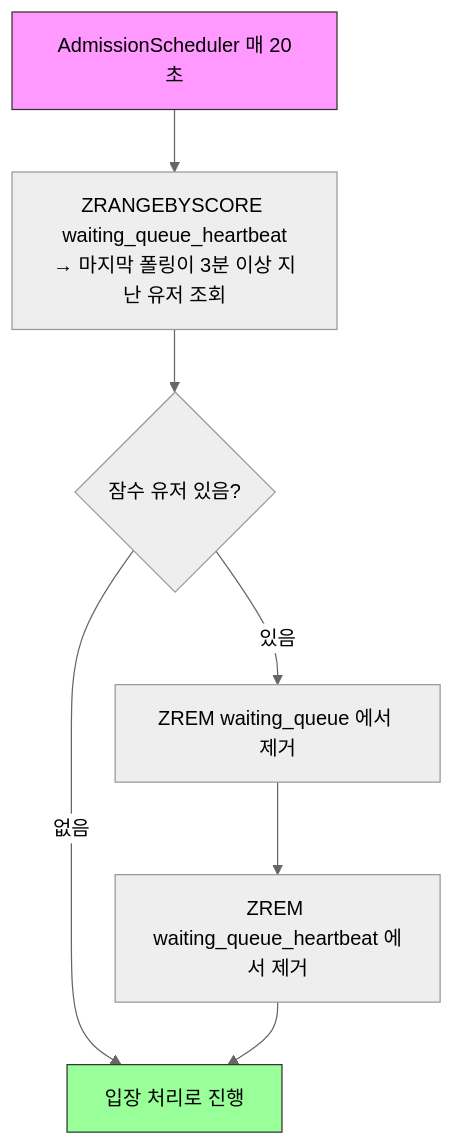
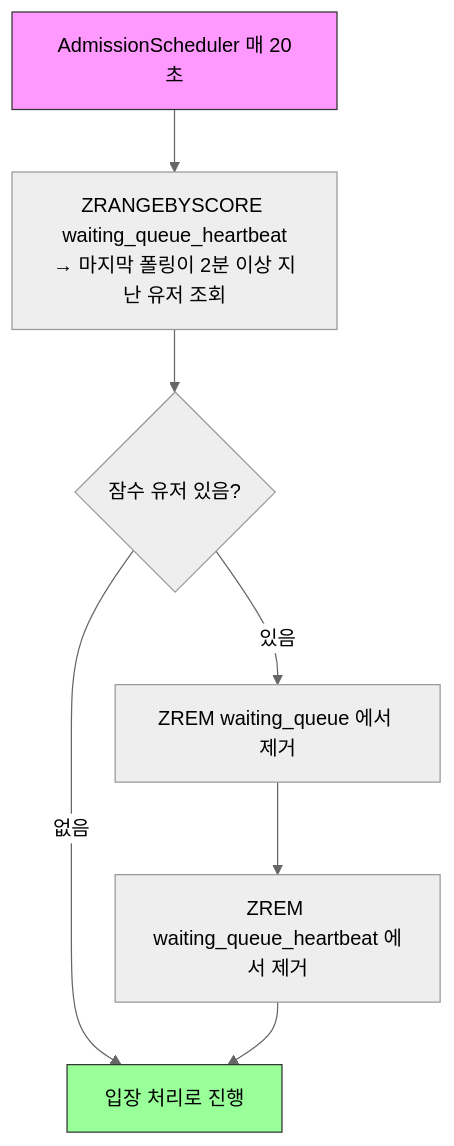
One commit to irnd04/zticket changed the third of 8 diagrams in README.md. Above: the diagram before and after it, drawn with Mermaid (neutral theme). The commit also changed other lines of this file and 3 other files, not shown here.

````diff
--- a/README.md
+++ b/README.md
@@ -113,12 +113,12 @@
 ```mermaid
 flowchart TD
-    A[AdmissionScheduler 매 20초] --> B["ZRANGEBYSCORE waiting_queue_heartbeat<br/>→ 마지막 폴링이 3분 이상 지난 유저 조회"]
+    A[AdmissionScheduler 매 20초] --> B["ZRANGEBYSCORE waiting_queue_heartbeat<br/>→ 마지막 폴링이 2분 이상 지난 유저 조회"]
     B --> C{잠수 유저 있음?}
     C -- 없음 --> END[입장 처리로 진행]
     C -- 있음 --> D[ZREM waiting_queue 에서 제거]
     D --> E[ZREM waiting_queue_heartbeat 에서 제거]
     E --> END
 
     style A fill:#f9f,stroke:#333
     style END fill:#9f9,stroke:#333
 ```
````
